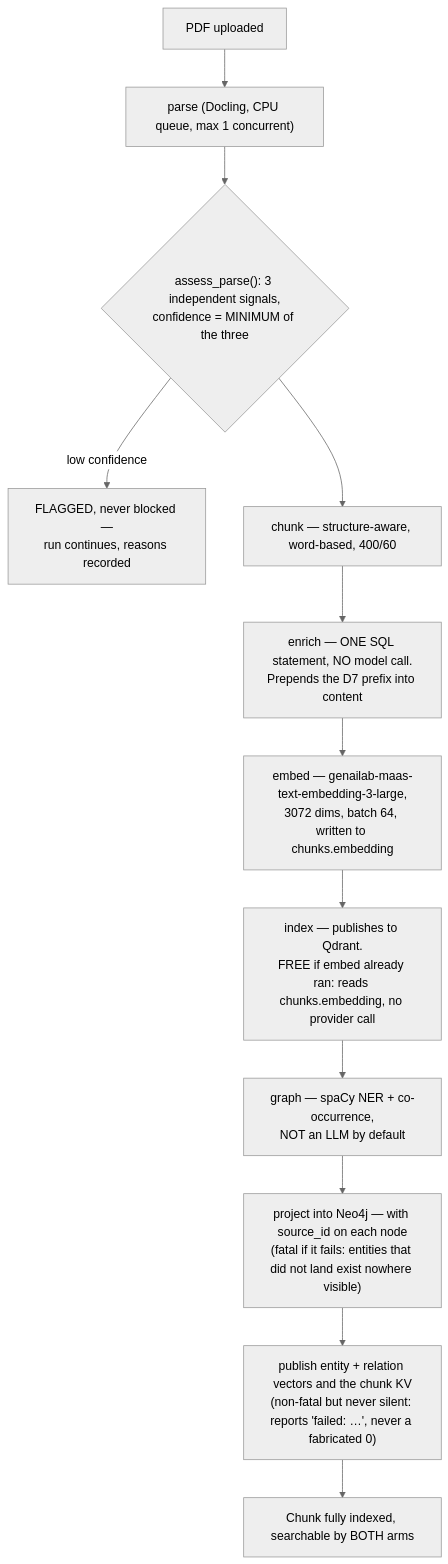
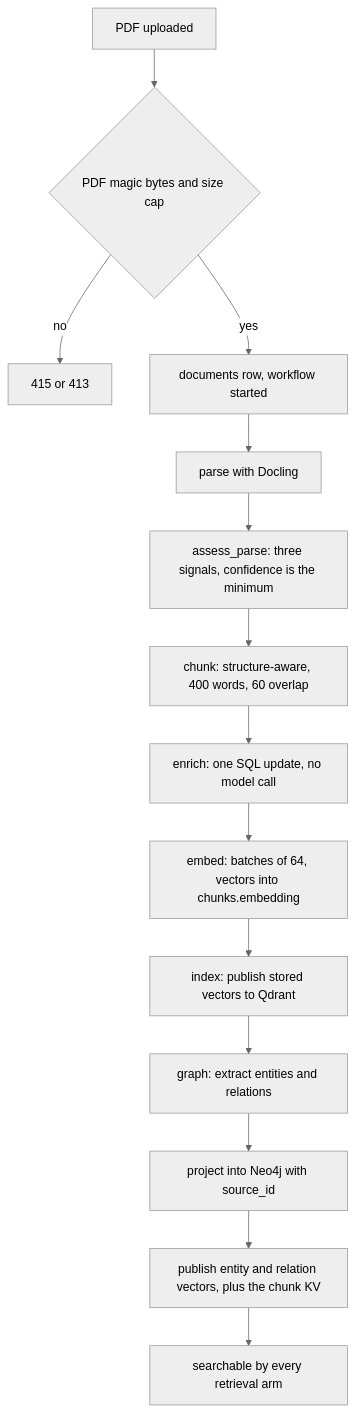
Before and after one commit to yrevash/aegis: the diagram in docs/teaching/ingestion.md, drawn with Mermaid (neutral theme). The commit also changed other lines of this file and 29 other files, not shown here.

````diff
--- a/docs/teaching/ingestion.md
+++ b/docs/teaching/ingestion.md
@@ -25,14 +23,16 @@
 ```mermaid
 flowchart TD
-    U[PDF uploaded] --> P["parse (Docling, CPU queue, max 1 concurrent)"]
-    P --> Q{"assess_parse(): 3 independent signals,<br/>confidence = MINIMUM of the three"}
-    Q -->|low confidence| FLAG["FLAGGED, never blocked —<br/>run continues, reasons recorded"]
-    Q --> C[chunk — structure-aware, word-based, 400/60]
-    C --> E["enrich — ONE SQL statement, NO model call.<br/>Prepends the D7 prefix into content"]
-    E --> EM["embed — genailab-maas-text-embedding-3-large,<br/>3072 dims, batch 64, written to chunks.embedding"]
-    EM --> I["index — publishes to Qdrant.<br/>FREE if embed already ran: reads chunks.embedding, no provider call"]
-    I --> G["graph — spaCy NER + co-occurrence,<br/>NOT an LLM by default"]
-    G --> G1["project into Neo4j — with source_id on each node<br/>(fatal if it fails: entities that did not land exist nowhere visible)"]
-    G1 --> G2["publish entity + relation vectors and the chunk KV<br/>(non-fatal but never silent: reports 'failed: …', never a fabricated 0)"]
-    G2 --> DONE[Chunk fully indexed, searchable by BOTH arms]
+    U[PDF uploaded] --> V{PDF magic bytes and size cap}
+    V -->|no| R[415 or 413]
+    V -->|yes| D[documents row, workflow started]
+    D --> P[parse with Docling]
+    P --> Q["assess_parse: three signals, confidence is the minimum"]
+    Q --> C["chunk: structure-aware, 400 words, 60 overlap"]
+    C --> E["enrich: one SQL update, no model call"]
+    E --> M["embed: batches of 64, vectors into chunks.embedding"]
+    M --> I["index: publish stored vectors to Qdrant"]
+    I --> G["graph: extract entities and relations"]
+    G --> G1[project into Neo4j with source_id]
+    G1 --> G2[publish entity and relation vectors, plus the chunk KV]
+    G2 --> DONE[searchable by every retrieval arm]
 ```
````
